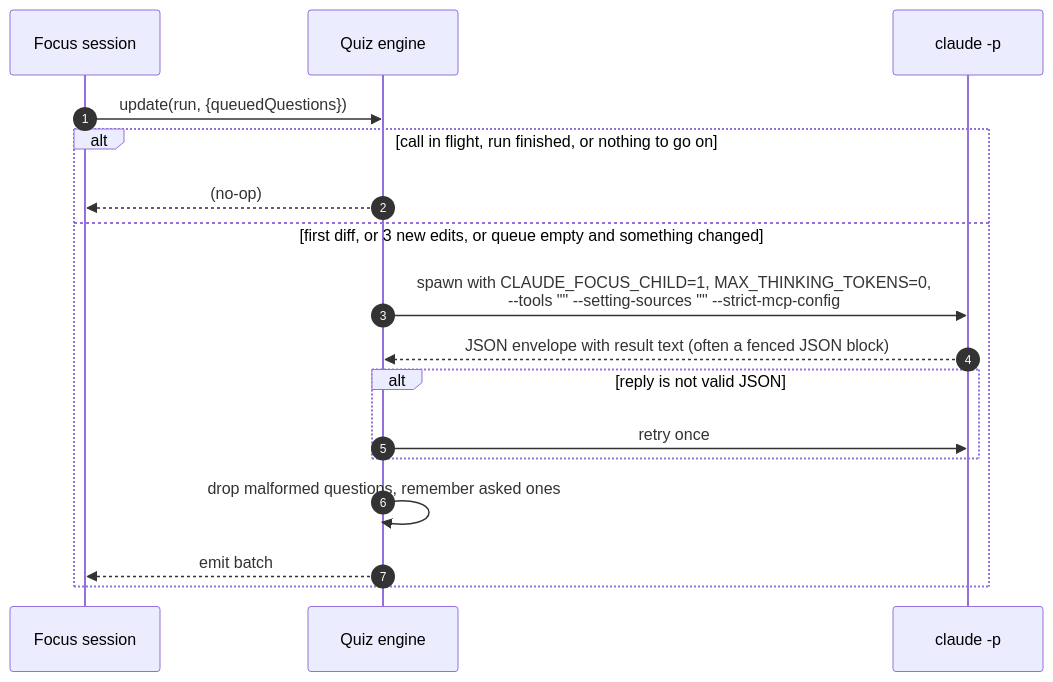
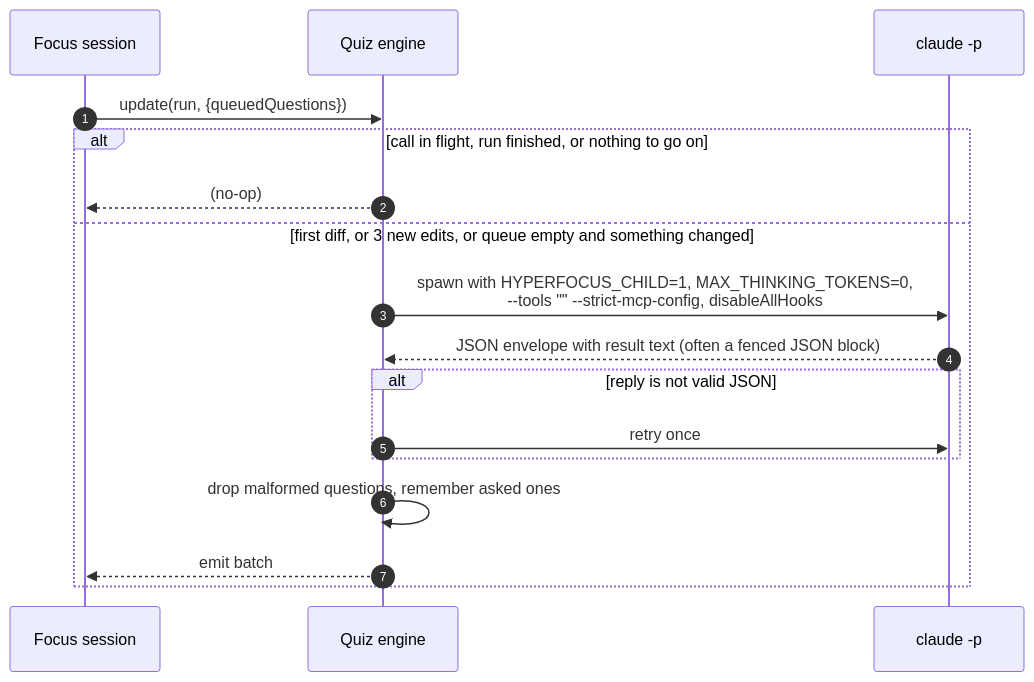
Before and after one commit to TEJASVISJAIN/hyperfocus: the seventh of 11 diagrams in docs/ARCHITECTURE.md, drawn with Mermaid. The commit also changed other lines of this file and 26 other files, not shown here.

````diff
--- a/docs/ARCHITECTURE.md
+++ b/docs/ARCHITECTURE.md
@@ -260,20 +260,20 @@
 ```mermaid
 sequenceDiagram
     autonumber
     participant S as Focus session
     participant Q as Quiz engine
     participant M as claude -p
 
     S->>Q: update(run, {queuedQuestions})
     alt call in flight, run finished, or nothing to go on
         Q-->>S: (no-op)
     else first diff, or 3 new edits, or queue empty and something changed
-        Q->>M: spawn with CLAUDE_FOCUS_CHILD=1, MAX_THINKING_TOKENS=0,<br/>--tools "" --setting-sources "" --strict-mcp-config
+        Q->>M: spawn with HYPERFOCUS_CHILD=1, MAX_THINKING_TOKENS=0,<br/>--tools "" --strict-mcp-config, disableAllHooks
         M-->>Q: JSON envelope with result text (often a fenced JSON block)
         alt reply is not valid JSON
             Q->>M: retry once
         end
         Q->>Q: drop malformed questions, remember asked ones
         Q-->>S: emit batch
     end
 ```
````
